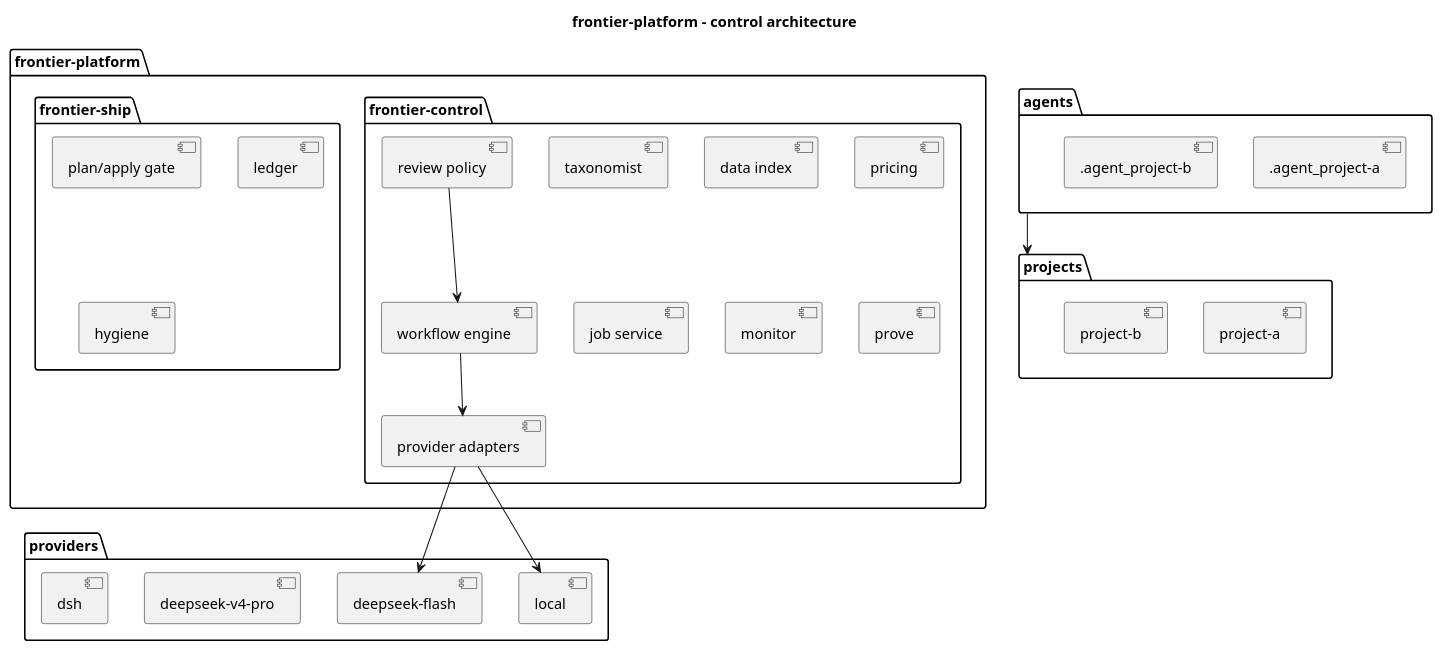
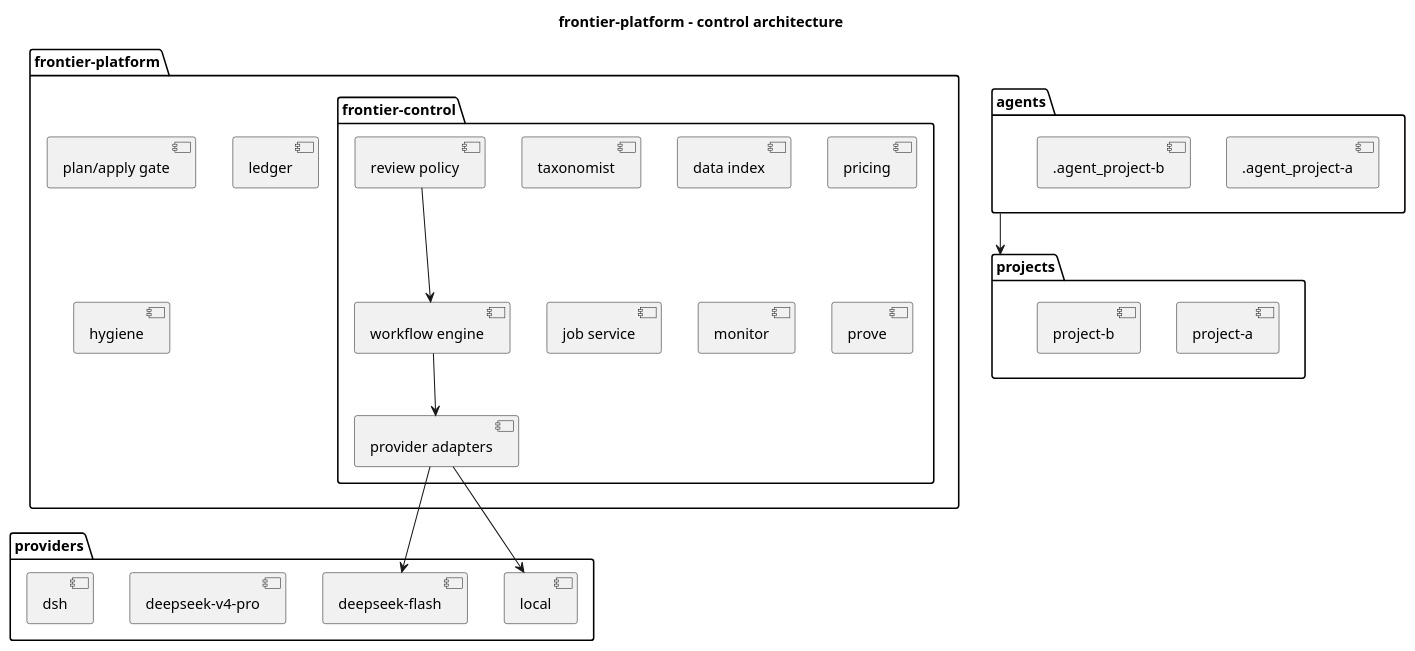
Before and after one commit to Wadek/frontier-platform: the diagram in control/docs/architecture/component.puml, drawn with PlantUML. The commit also changed 151 other files, not shown here.

```diff
--- a/control/docs/architecture/component.puml
+++ b/control/docs/architecture/component.puml
@@ -1,45 +1,45 @@
 @startuml
 title frontier-platform - control architecture
 
 package "frontier-platform" {
   package "frontier-control" {
     [taxonomist]
     [data index]
     [pricing]
     [job service]
     [workflow engine]
     [review policy]
     [provider adapters]
     [monitor]
     [prove]
   }
-  package "frontier-ship" {
+  package "frontier-platform" {
     [plan/apply gate]
     [ledger]
     [hygiene]
   }
 }
 
 package "projects" {
   [project-a]
   [project-b]
 }
 
 package "agents" {
   [.agent_project-a]
   [.agent_project-b]
 }
 
 package "providers" {
   [local]
   [deepseek-flash]
   [deepseek-v4-pro]
   [dsh]
 }
 
 [workflow engine] --> [provider adapters]
 [provider adapters] --> [local]
 [provider adapters] --> [deepseek-flash]
 [review policy] --> [workflow engine]
 [agents] --> [projects]
 @enduml
```
